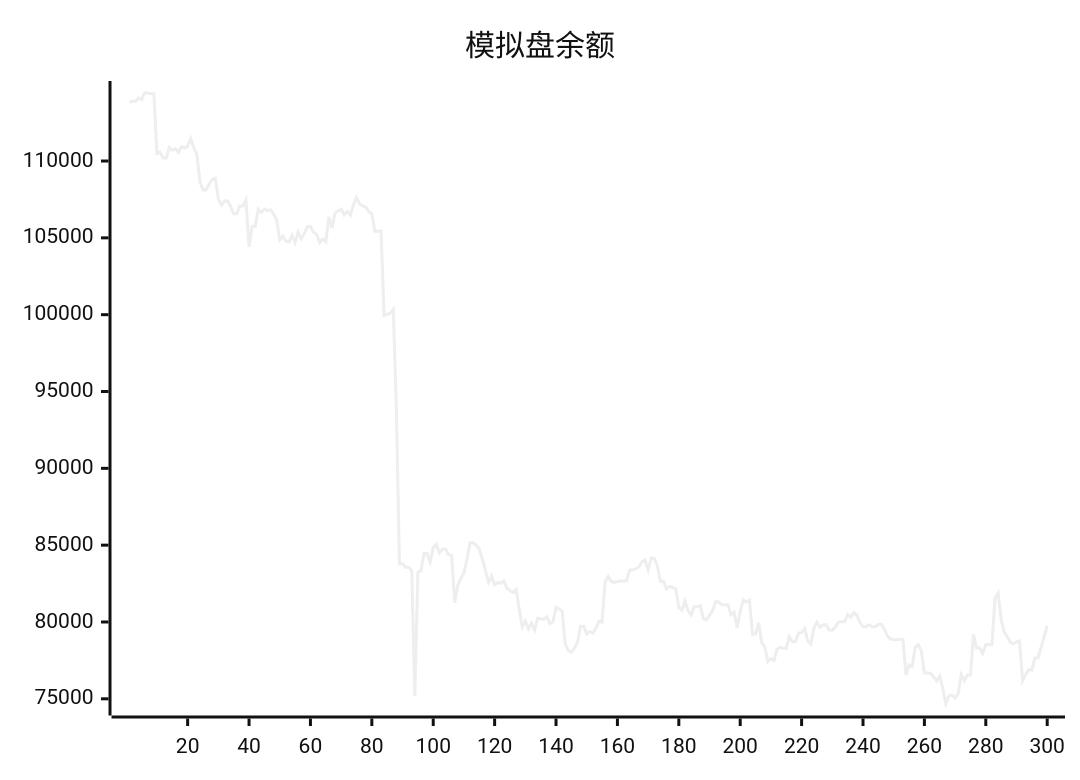
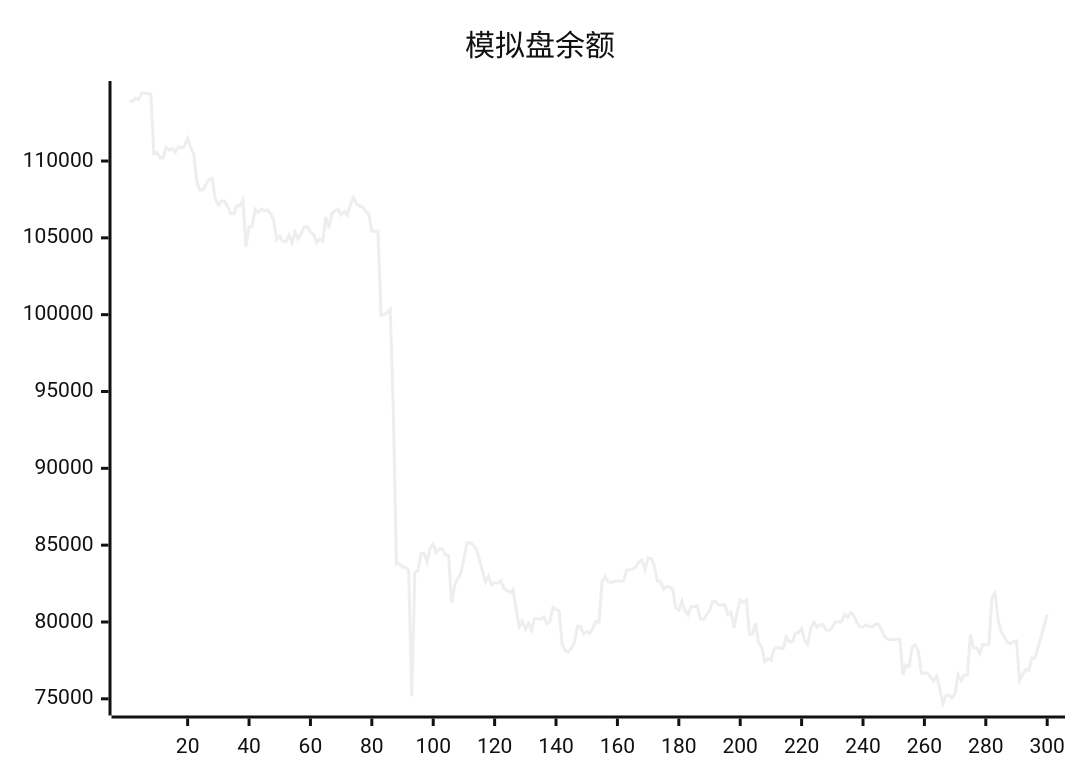
The diagram in README.md (aahl/ai-trading), drawn with Mermaid (neutral theme) before and after one commit. The commit also changed other lines of this file and 1 other file, not shown here.

````diff
--- a/README.md
+++ b/README.md
@@ -5,5 +5,5 @@
 ```mermaid
 xychart
     title "模拟盘余额"
-    line [113812,113908,113877,114091,113998,114427,114422,114384,114384,110477,110576,110198,110198,110890,110712,110812,110569,110929,110847,110968,111478,110870,110433,108661,108116,108115,108485,108797,108877,107536,107134,107393,107393,107046,106565,106565,107081,107081,107478,104404,105715,105749,106866,106651,106889,106771,106816,106565,106141,104876,105103,104796,104734,105169,104690,105380,104941,105272,105709,105739,105374,105227,104691,104924,104762,106364,105628,106608,106748,106872,106485,106721,106468,107132,107620,107224,107080,107001,106717,106567,105431,105431,105440,99950,100017,100113,100337,93749,83795,83807,83567,83567,83342,75168,83222,83336,84448,84449,83896,84839,85065,84499,84757,84757,84364,84347,81254,82385,82835,83184,84099,85150,85150,85002,84751,84096,83356,82582,82983,82404,82572,82512,82688,82200,82047,81920,82125,80840,79688,80060,79552,79920,79470,80236,80208,80170,80336,79894,80006,80954,80837,80712,78561,78139,78037,78293,78682,79720,79720,79214,79372,79279,79591,80046,79993,82625,82950,82626,82571,82633,82670,82670,82681,83386,83378,83464,83579,83920,84037,83402,84160,84142,83652,82655,82655,82145,82315,82243,82163,80934,80770,81371,80742,80468,80989,80989,81067,80191,80155,80450,80737,81309,81309,81106,81119,81119,80471,80631,79624,80670,81448,81290,81429,79212,79222,79940,78643,78380,77432,77623,77504,78235,78358,78284,78277,79048,78714,78714,79290,79308,79567,78763,78563,79603,79988,79652,79813,79813,79476,79469,79673,79995,80015,80015,80486,80314,80600,80436,79966,79689,79689,79819,79692,79692,79850,79850,79518,79071,78889,78850,78850,78878,78878,76554,77202,77103,78357,78510,78106,76678,76677,76672,76411,76159,76485,75656,74695,75197,75246,75052,75334,76564,76179,76553,76551,79196,78300,78300,77944,78531,78531,78521,81564,81884,80160,79335,79055,78675,78580,78708,78764,76179,76586,76902,76876,77658,77669,78346,79023,79769]
+    line [113908,113877,114091,113998,114427,114422,114384,114384,110477,110576,110198,110198,110890,110712,110812,110569,110929,110847,110968,111478,110870,110433,108661,108116,108115,108485,108797,108877,107536,107134,107393,107393,107046,106565,106565,107081,107081,107478,104404,105715,105749,106866,106651,106889,106771,106816,106565,106141,104876,105103,104796,104734,105169,104690,105380,104941,105272,105709,105739,105374,105227,104691,104924,104762,106364,105628,106608,106748,106872,106485,106721,106468,107132,107620,107224,107080,107001,106717,106567,105431,105431,105440,99950,100017,100113,100337,93749,83795,83807,83567,83567,83342,75168,83222,83336,84448,84449,83896,84839,85065,84499,84757,84757,84364,84347,81254,82385,82835,83184,84099,85150,85150,85002,84751,84096,83356,82582,82983,82404,82572,82512,82688,82200,82047,81920,82125,80840,79688,80060,79552,79920,79470,80236,80208,80170,80336,79894,80006,80954,80837,80712,78561,78139,78037,78293,78682,79720,79720,79214,79372,79279,79591,80046,79993,82625,82950,82626,82571,82633,82670,82670,82681,83386,83378,83464,83579,83920,84037,83402,84160,84142,83652,82655,82655,82145,82315,82243,82163,80934,80770,81371,80742,80468,80989,80989,81067,80191,80155,80450,80737,81309,81309,81106,81119,81119,80471,80631,79624,80670,81448,81290,81429,79212,79222,79940,78643,78380,77432,77623,77504,78235,78358,78284,78277,79048,78714,78714,79290,79308,79567,78763,78563,79603,79988,79652,79813,79813,79476,79469,79673,79995,80015,80015,80486,80314,80600,80436,79966,79689,79689,79819,79692,79692,79850,79850,79518,79071,78889,78850,78850,78878,78878,76554,77202,77103,78357,78510,78106,76678,76677,76672,76411,76159,76485,75656,74695,75197,75246,75052,75334,76564,76179,76553,76551,79196,78300,78300,77944,78531,78531,78521,81564,81884,80160,79335,79055,78675,78580,78708,78764,76179,76586,76902,76876,77658,77669,78346,79023,79769,80497]
 ```
````
